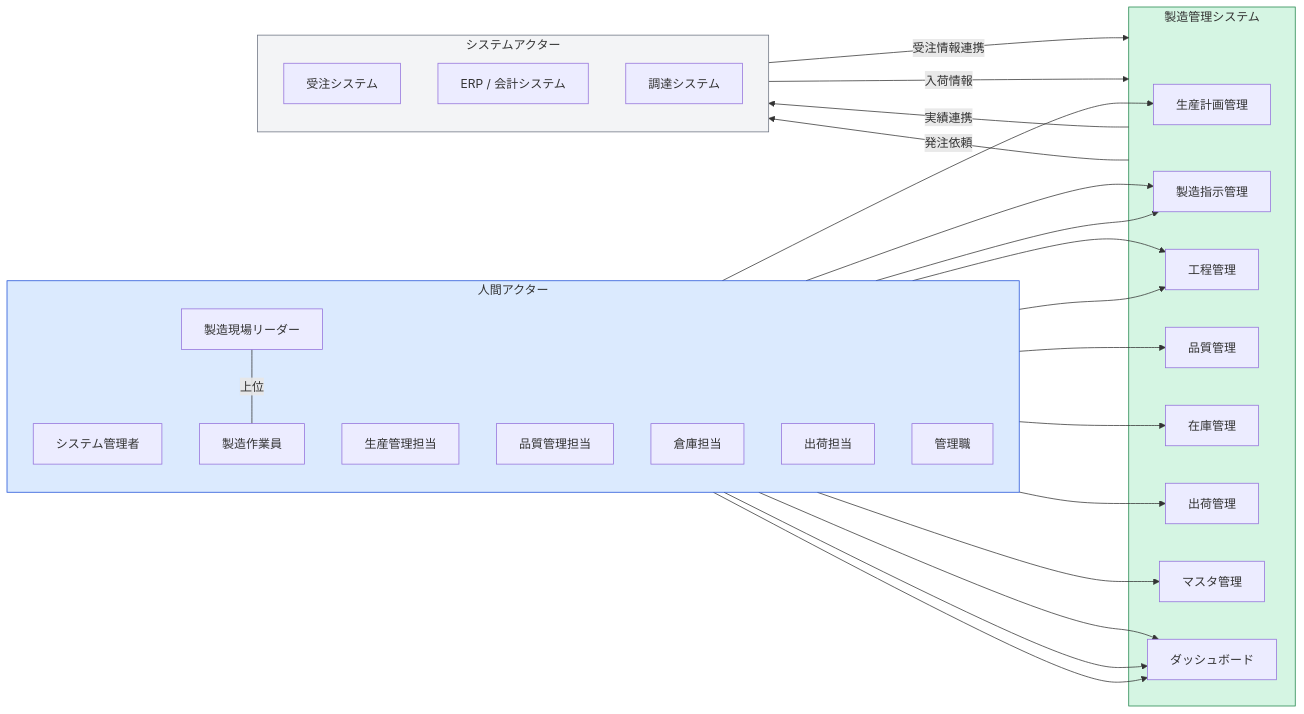
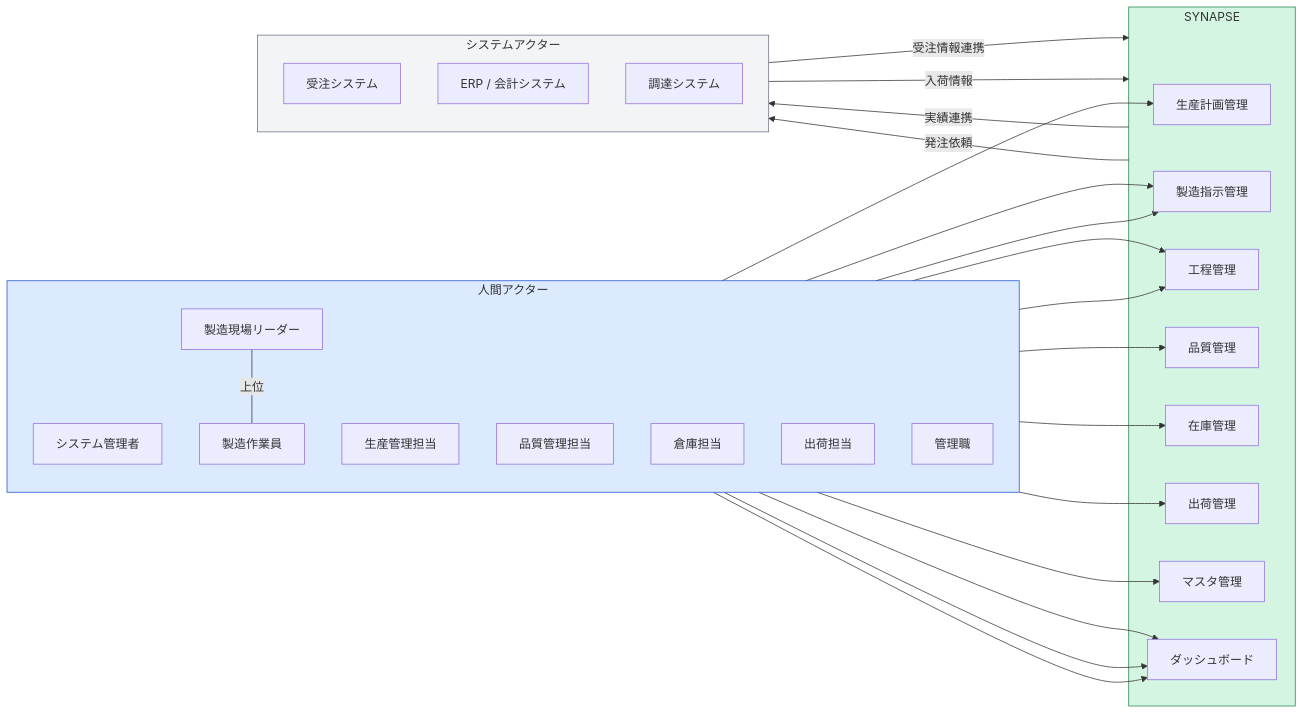
One commit to yukimaenosono-bot/DevlopmentManagement changed the diagram in requirements/09_アクター定義.md. Above: the diagram before and after it, drawn with Mermaid. The commit also changed 48 other files, not shown here.

````diff
--- a/requirements/09_アクター定義.md
+++ b/requirements/09_アクター定義.md
@@ -7,55 +7,55 @@
 ```mermaid
 flowchart LR
     subgraph HA[人間アクター]
         direction TB
         A1[システム管理者]
         A2[生産管理担当]
         A3[製造現場リーダー]
         A4[製造作業員]
         A5[品質管理担当]
         A6[倉庫担当]
         A7[出荷担当]
         A8[管理職]
         A3 -- 上位 --- A4
     end
 
     subgraph SA[システムアクター]
         direction TB
         S1[受注システム]
         S2[ERP / 会計システム]
         S3[調達システム]
     end
 
-    subgraph SYS[製造管理システム]
+    subgraph SYS[SYNAPSE]
         F1[生産計画管理]
         F2[製造指示管理]
         F3[工程管理]
         F4[品質管理]
         F5[在庫管理]
         F6[出荷管理]
         F7[マスタ管理]
         F8[ダッシュボード]
     end
 
     A1 --> F7
     A2 --> F1
     A2 --> F2
     A2 --> F8
     A3 --> F2
     A3 --> F3
     A4 --> F3
     A5 --> F4
     A5 --> F8
     A6 --> F5
     A7 --> F6
     A8 --> F8
 
     S1 -- 受注情報連携 --> SYS
     SYS -- 実績連携 --> S2
     SYS -- 発注依頼 --> S3
     S3 -- 入荷情報 --> SYS
 
     style HA fill:#dbeafe,stroke:#1d4ed8
     style SA fill:#f3f4f6,stroke:#6b7280
     style SYS fill:#d5f5e3,stroke:#1e8449
 ```
````
